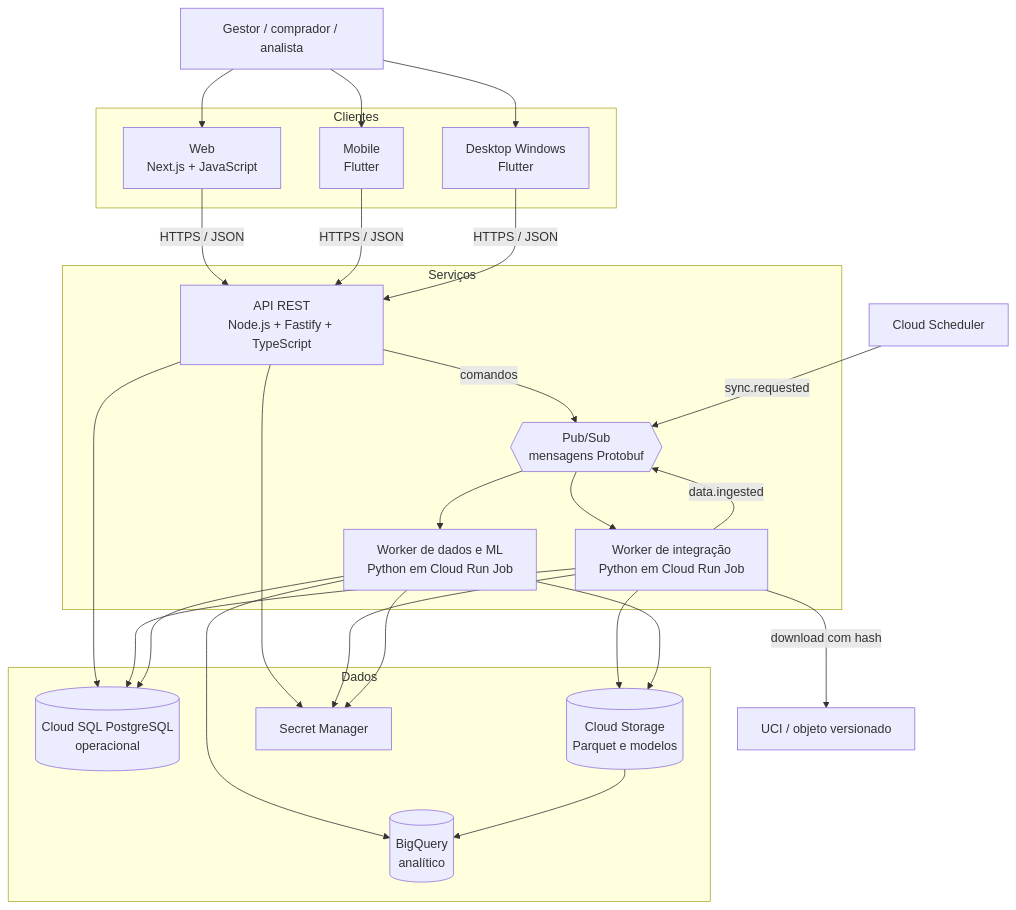
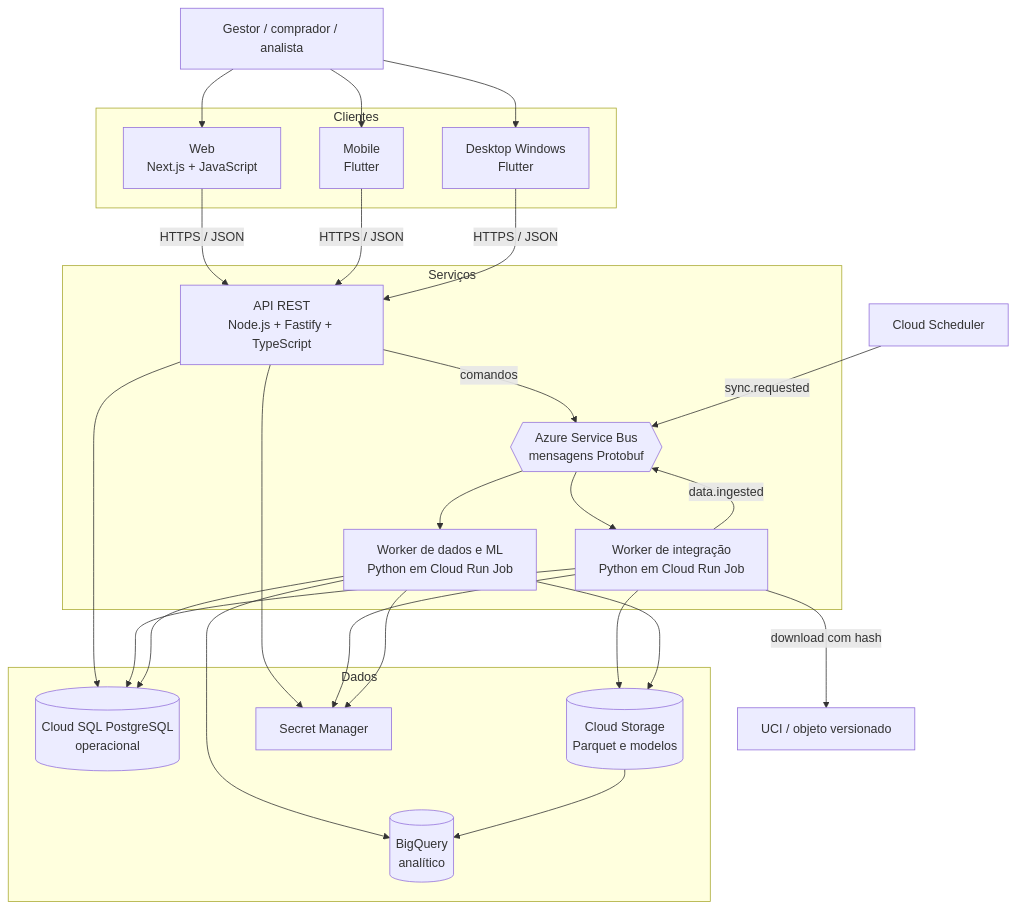
One commit to FatecFranca/DSM-G05-PI6-2026-2 changed the second of 3 diagrams in docs/02-modelagem-e-arquitetura.md. Above: the diagram before and after it, drawn with Mermaid. The commit also changed other lines of this file and 24 other files, not shown here.

````diff
--- a/docs/02-modelagem-e-arquitetura.md
+++ b/docs/02-modelagem-e-arquitetura.md
@@ -43,49 +43,49 @@
 ```mermaid
 flowchart TB
     user[Gestor / comprador / analista]
     dataset[UCI / objeto versionado]
     scheduler[Cloud Scheduler]
 
     subgraph clients[Clientes]
         web[Web\nNext.js + JavaScript]
         mobile[Mobile\nFlutter]
         desktop[Desktop Windows\nFlutter]
     end
 
     subgraph services[Serviços]
         api[API REST\nNode.js + Fastify + TypeScript]
         integration[Worker de integração\nPython em Cloud Run Job]
         ml[Worker de dados e ML\nPython em Cloud Run Job]
-        broker{{Pub/Sub\nmensagens Protobuf}}
+        broker{{Azure Service Bus\nmensagens Protobuf}}
     end
 
     subgraph data[Dados]
         postgres[(Cloud SQL PostgreSQL\noperacional)]
         bucket[(Cloud Storage\nParquet e modelos)]
         bigquery[(BigQuery\nanalítico)]
         secrets[Secret Manager]
     end
 
     user --> web
     user --> mobile
     user --> desktop
     web -->|HTTPS / JSON| api
     mobile -->|HTTPS / JSON| api
     desktop -->|HTTPS / JSON| api
     api --> postgres
     api --> secrets
     api -->|comandos| broker
     scheduler -->|sync.requested| broker
     broker --> integration
     integration -->|download com hash| dataset
     integration --> postgres
     integration --> bucket
     integration -->|data.ingested| broker
     broker --> ml
     ml --> bigquery
     ml --> bucket
     ml --> postgres
     integration --> secrets
     ml --> secrets
     bucket --> bigquery
 ```
````
